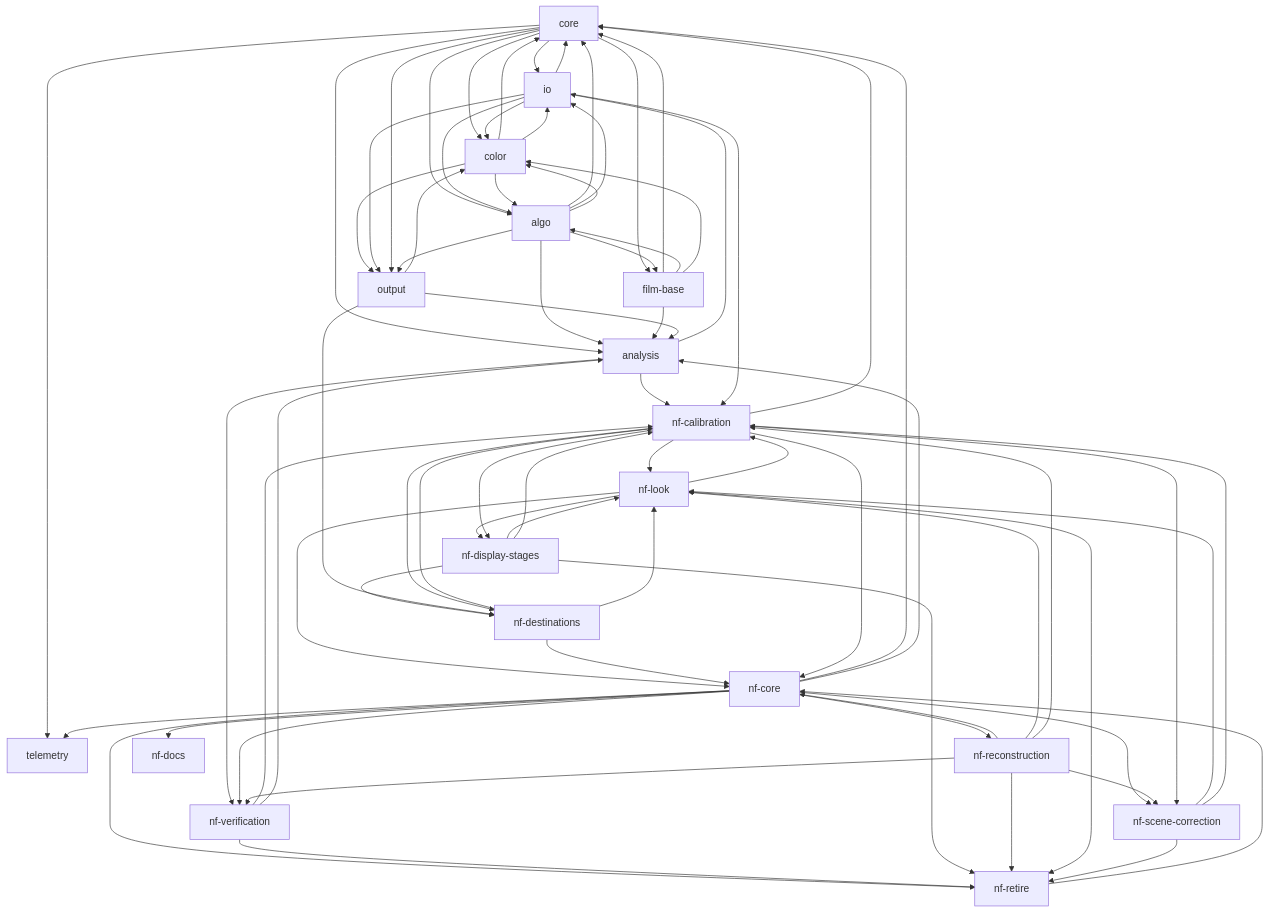
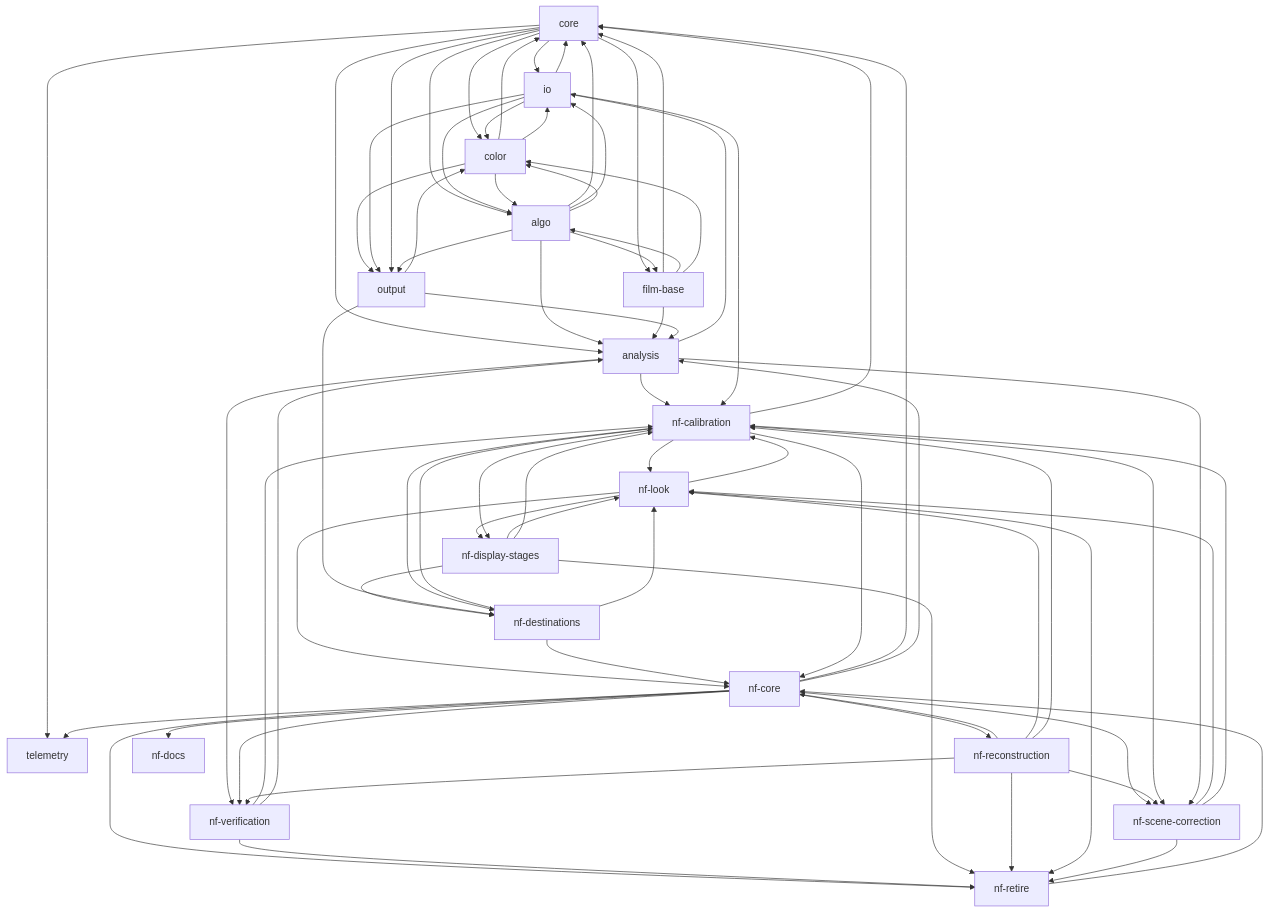
Before and after one commit to lix42/hanten: the first of 2 diagrams in docs/TASKS.md, drawn with Mermaid. The commit also changed other lines of this file and 7 other files, not shown here.

```diff
--- a/docs/TASKS.md
+++ b/docs/TASKS.md
@@ -181,6 +181,7 @@
   nf-scene-correction --> nf-retire
   nf-calibration --> nf-scene-correction
   nf-scene-correction --> nf-calibration
+  analysis --> nf-scene-correction
   nf-core --> nf-docs
   nf-core --> analysis
   nf-verification --> analysis
```
